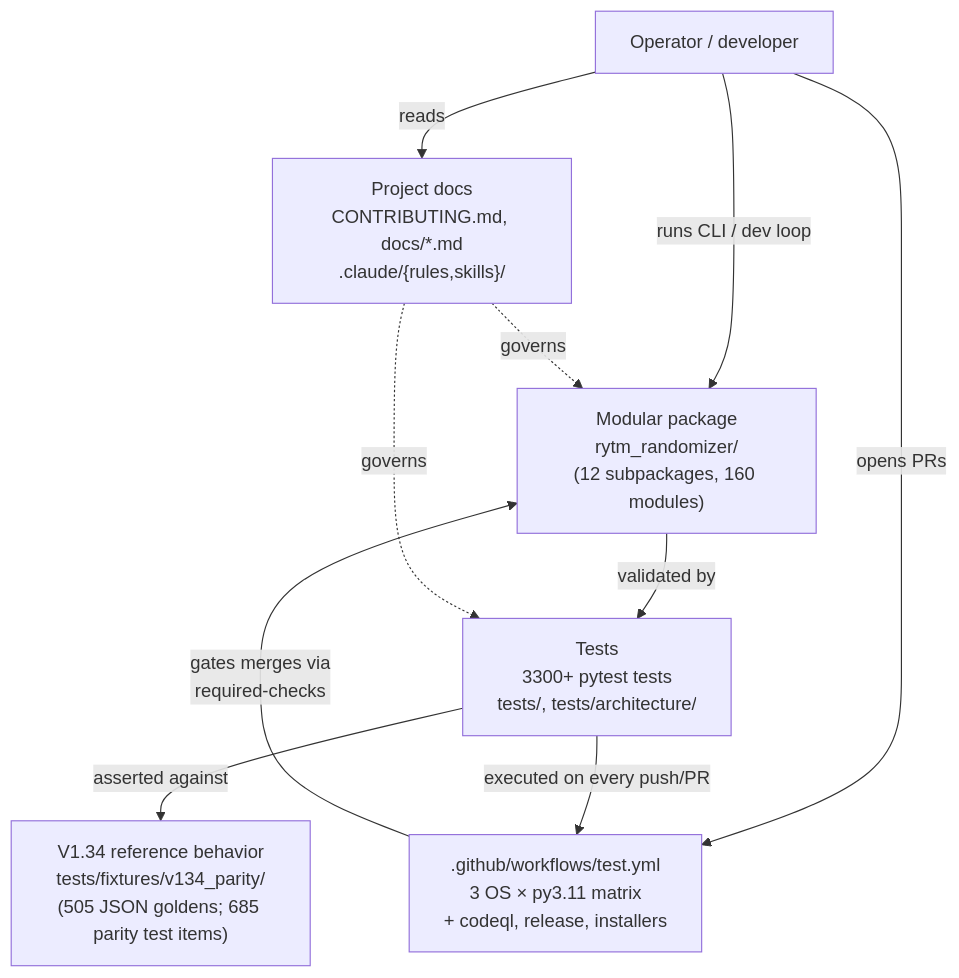
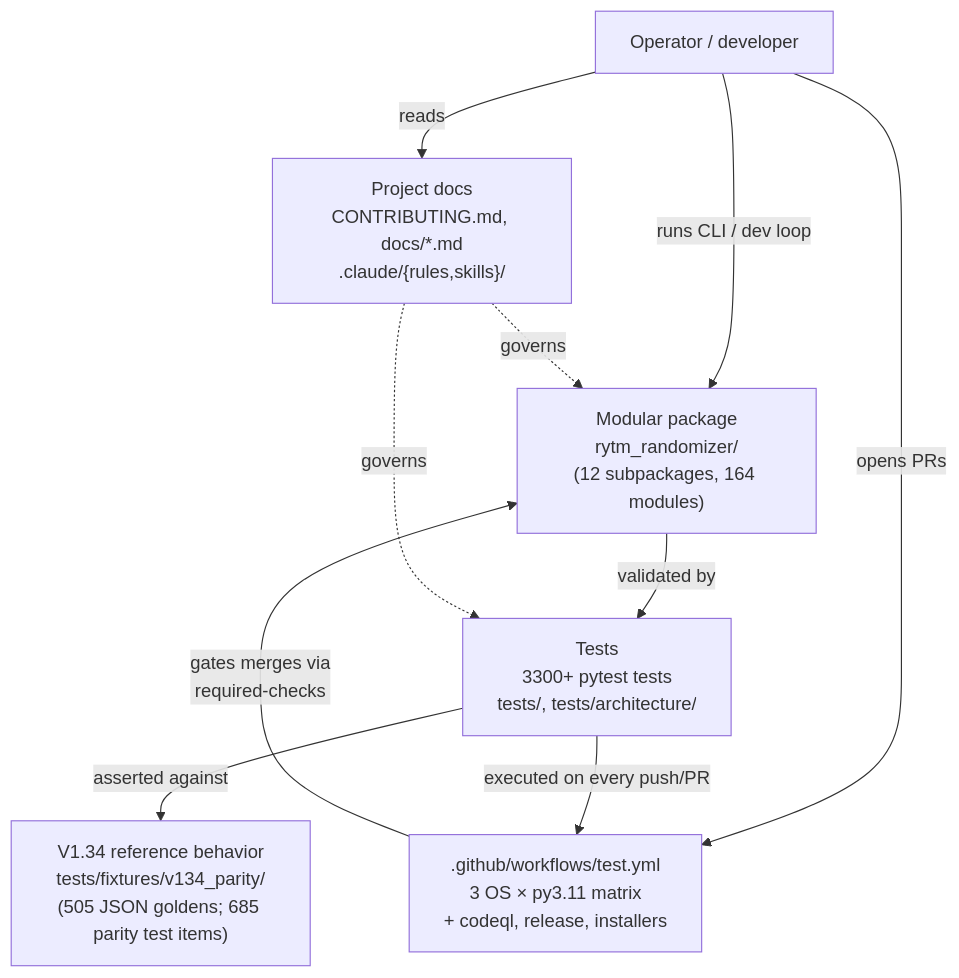
Before and after one commit to buzzijose-hub/RytmRandomizer: the first of 26 diagrams in docs/ARCHITECTURE_DIAGRAMS.md, drawn with Mermaid. The commit also changed other lines of this file and 15 other files, not shown here.

````diff
--- a/docs/ARCHITECTURE_DIAGRAMS.md
+++ b/docs/ARCHITECTURE_DIAGRAMS.md
@@ -47,22 +47,22 @@
 ```mermaid
 flowchart TB
     User["Operator / developer"]
     V134["V1.34 reference behavior<br/>tests/fixtures/v134_parity/<br/>(505 JSON goldens; 685 parity test items)"]
-    Package["Modular package<br/>rytm_randomizer/<br/>(12 subpackages, 160 modules)"]
+    Package["Modular package<br/>rytm_randomizer/<br/>(12 subpackages, 164 modules)"]
     Tests["Tests<br/>3300+ pytest tests<br/>tests/, tests/architecture/"]
     CI[".github/workflows/test.yml<br/>3 OS × py3.11 matrix<br/>+ codeql, release, installers"]
     Docs["Project docs<br/>CONTRIBUTING.md, docs/*.md<br/>.claude/{rules,skills}/"]
 
     User -->|"runs CLI / dev loop"| Package
     User -->|"opens PRs"| CI
     User -->|"reads"| Docs
 
     Package -->|"validated by"| Tests
     Tests -->|"asserted against"| V134
     Tests -->|"executed on every push/PR"| CI
 
     CI -->|"gates merges via<br/>required-checks"| Package
 
     Docs -.->|"governs"| Package
     Docs -.->|"governs"| Tests
 ```
````
